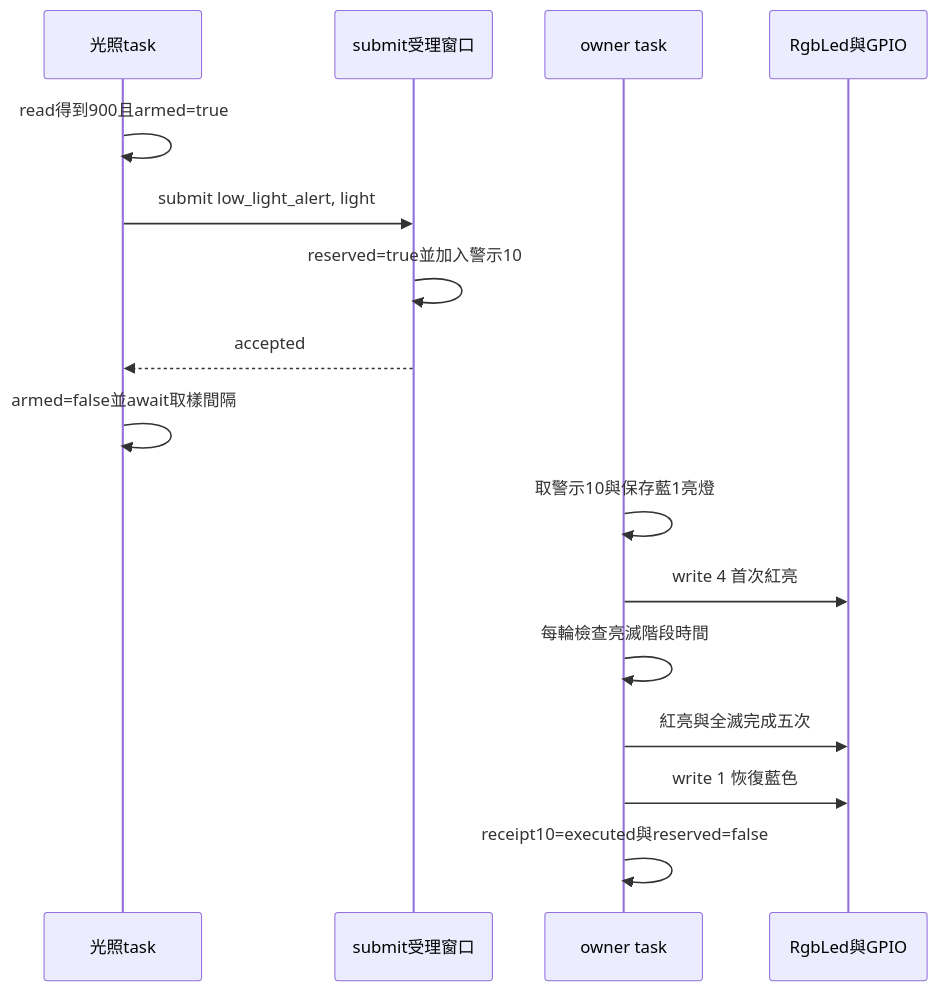
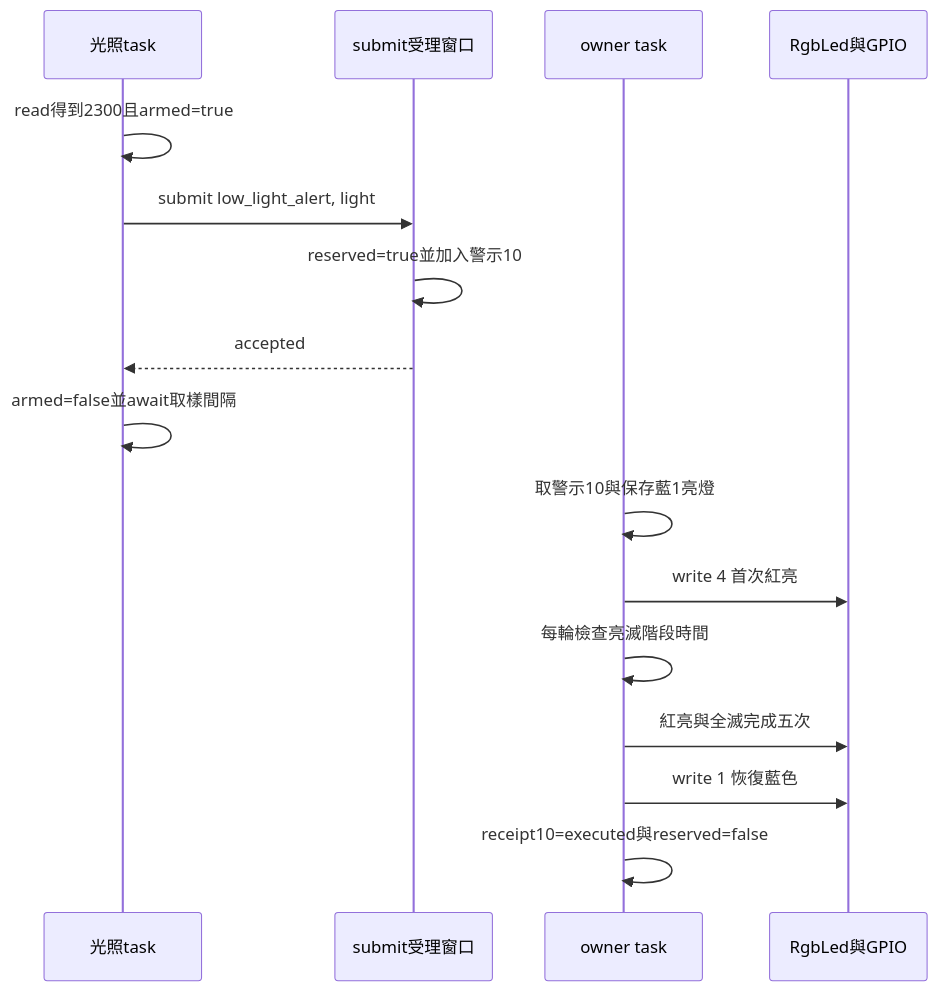
One commit to change918418-tech/IoT_Course changed the sixth of 21 diagrams in LED_SINGLE_OWNER_GUIDE.md. Above: the diagram before and after it, drawn with Mermaid. The commit also changed other lines of this file and 30 other files, not shown here.

````diff
--- a/LED_SINGLE_OWNER_GUIDE.md
+++ b/LED_SINGLE_OWNER_GUIDE.md
@@ -516,18 +517,18 @@
 ```mermaid
 sequenceDiagram
     participant Light as 光照task
     participant Entry as submit受理窗口
     participant Owner as owner task
     participant Led as RgbLed與GPIO
-    Light->>Light: read得到900且armed=true
+    Light->>Light: read得到2300且armed=true
     Light->>Entry: submit low_light_alert, light
     Entry->>Entry: reserved=true並加入警示10
     Entry-->>Light: accepted
     Light->>Light: armed=false並await取樣間隔
     Owner->>Owner: 取警示10與保存藍1亮燈
     Owner->>Led: write 4 首次紅亮
     Owner->>Owner: 每輪檢查亮滅階段時間
     Owner->>Led: 紅亮與全滅完成五次
     Owner->>Led: write 1 恢復藍色
     Owner->>Owner: receipt10=executed與reserved=false
 ```
````
